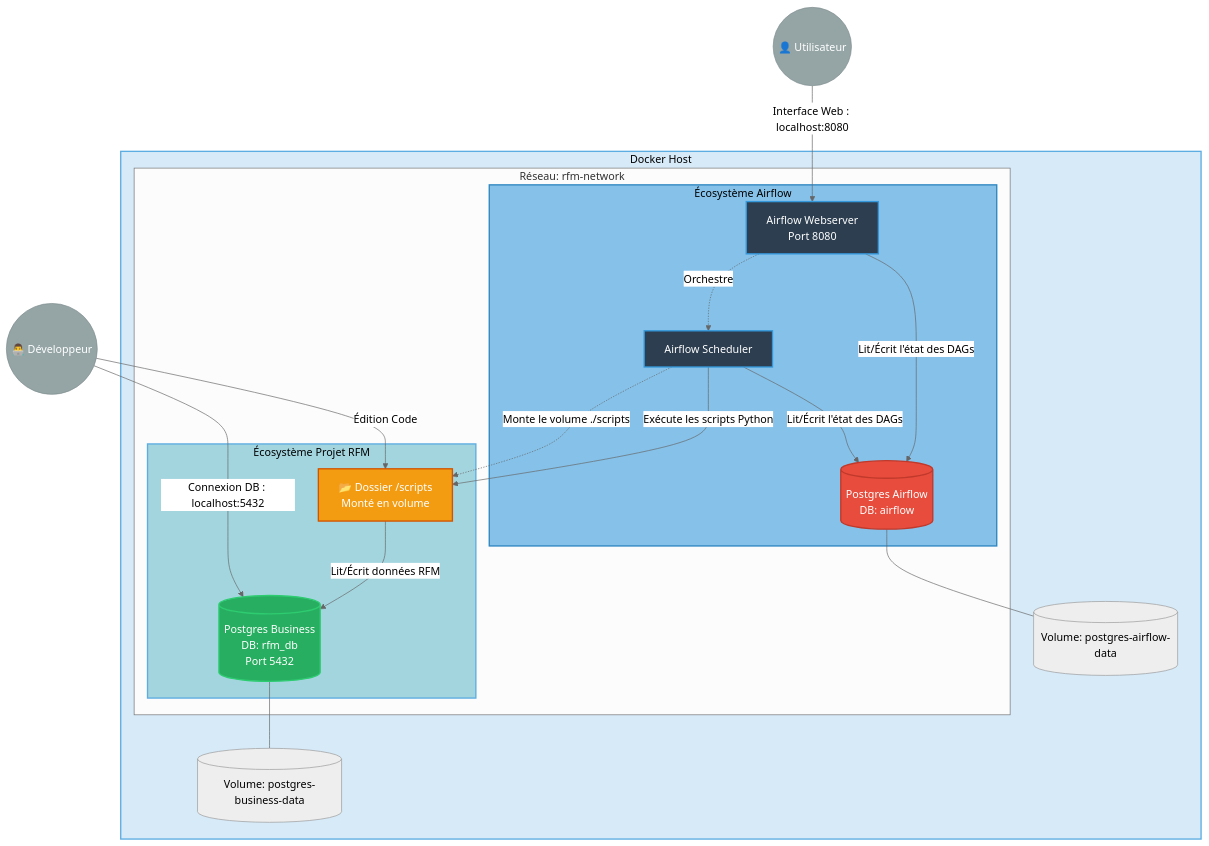
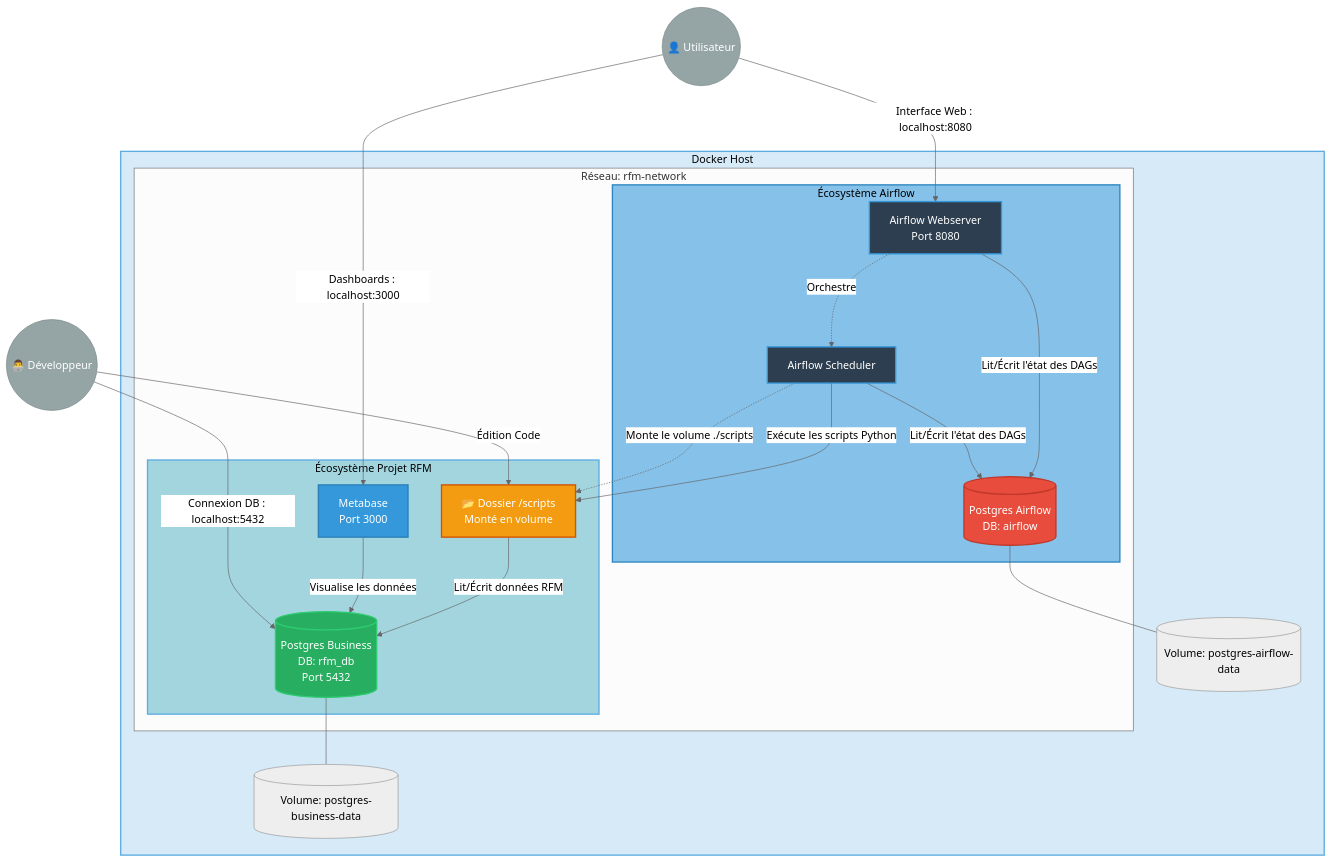
One commit to DBX-76/data-pipeline-rfm changed the diagram in docker_compose.md. Above: the diagram before and after it, drawn with Mermaid (neutral theme). The commit also changed 1 other file, not shown here.

Commit message:
docs: mise à jour README et doc Docker avec section Metabase

````diff
--- a/docker_compose.md
+++ b/docker_compose.md
@@ -1,52 +1,56 @@
 ``` mermaid
 graph TD
     subgraph subHost["Docker Host"]
         
         subgraph "Réseau: rfm-network"
             
             subgraph subAirflow["Écosystème Airflow"]
                 A[Airflow Webserver<br/>Port 8080]
                 B[Airflow Scheduler]
                 C[(Postgres Airflow<br/>DB: airflow)]
                 
                 A -->|Lit/Écrit l'état des DAGs| C
                 B -->|Lit/Écrit l'état des DAGs| C
                 A -.->|Orchestre| B
             end
             style subAirflow fill:#85c1e9,stroke:#2e86c1,stroke-width:2px,color:#000
 
             subgraph subRFM["Écosystème Projet RFM"]
                 D[(Postgres Business<br/>DB: rfm_db<br/>Port 5432)]
                 E[📂 Dossier /scripts<br/>Monté en volume]
+                H[Metabase<br/>Port 3000]
                 
                 B -->|Exécute les scripts Python| E
                 E -->|Lit/Écrit données RFM| D
+                H -->|Visualise les données| D
             end
             style subRFM fill:#a3d5df,stroke:#5dade2,stroke-width:2px,color:#000
             
             %% Liaison critique : Le scheduler lit les DAGs et les scripts
             B -.->|Monte le volume ./scripts| E
         end
 
         %% Volumes persistants
         F[(Volume: postgres-airflow-data)]
         G[(Volume: postgres-business-data)]
         
         C --- F
         D --- G
     end
     style subHost fill:#d6eaf8,stroke:#5dade2,stroke-width:2px,color:#000
 
     %% Utilisateurs externes
     User((👤 Utilisateur)) -->|Interface Web : localhost:8080| A
+    User -->|Dashboards : localhost:3000| H
     Dev((👨‍💻 Développeur)) -->|Connexion DB : localhost:5432| D
     Dev -->|Édition Code| E
 
     style A fill:#2c3e50,stroke:#3498db,stroke-width:2px,color:#fff
     style B fill:#2c3e50,stroke:#3498db,stroke-width:2px,color:#fff
     style C fill:#e74c3c,stroke:#c0392b,stroke-width:2px,color:#fff
     style D fill:#27ae60,stroke:#2ecc71,stroke-width:2px,color:#fff
     style E fill:#f39c12,stroke:#d35400,stroke-width:2px,color:#fff
+    style H fill:#3498db,stroke:#2980b9,stroke-width:2px,color:#fff
     style User fill:#95a5a6,stroke:#7f8c8d,color:#fff
     style Dev fill:#95a5a6,stroke:#7f8c8d,color:#fff
 ```
````
